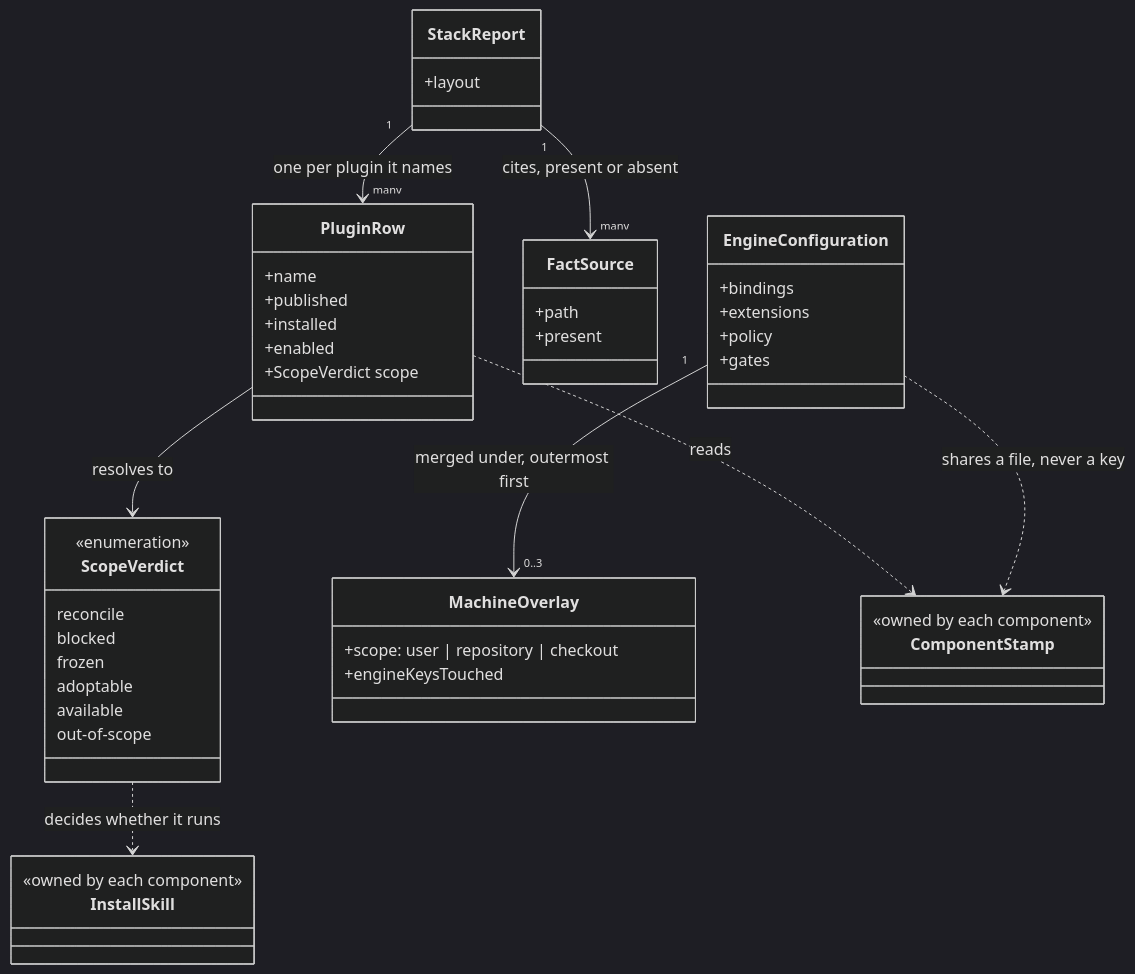
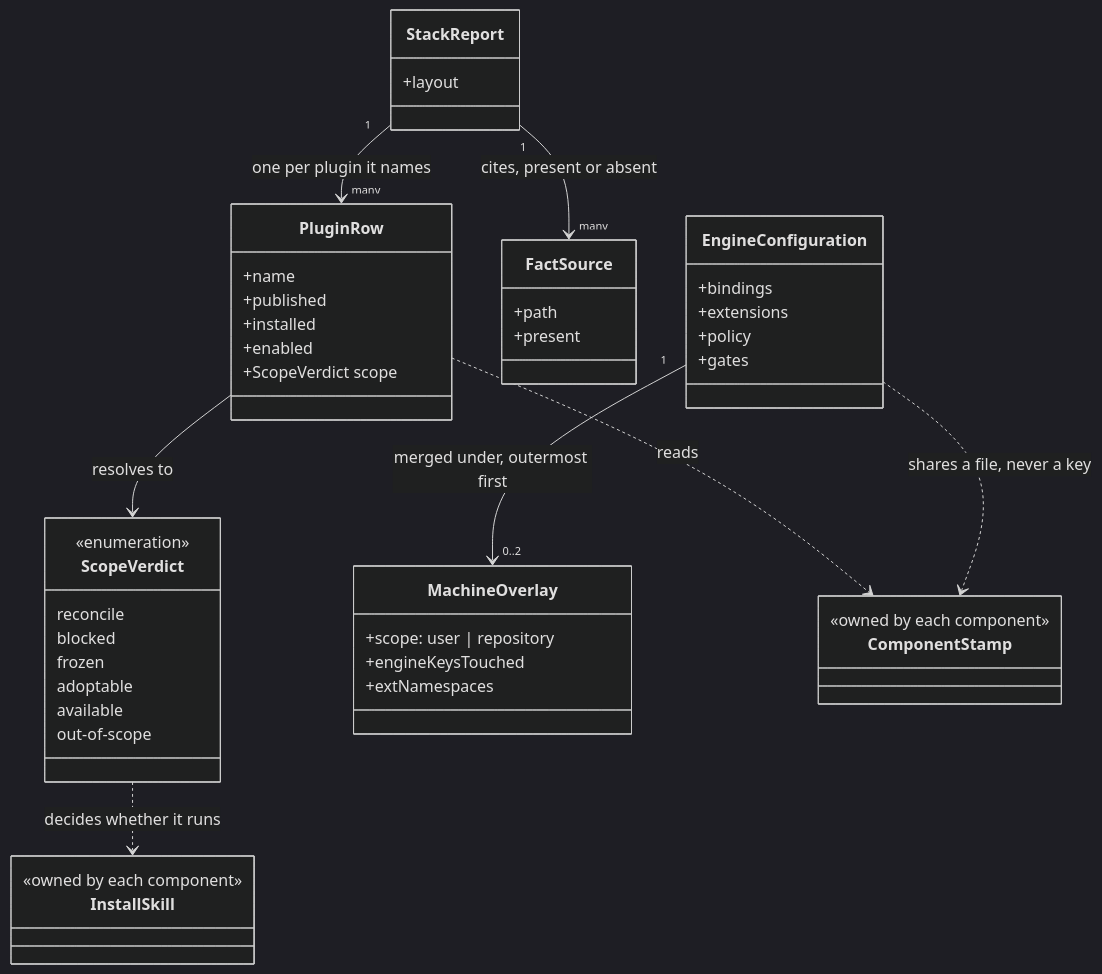
Before and after one commit to JSdotNet/devbook: the first of 3 diagrams in .devbook/arc42/building-blocks/devbook-config.md, drawn with Mermaid (dark theme). The commit also changed other lines of this file and 2 other files, not shown here.

First line of the commit message:
arc42: the building blocks carry what the domain chapters said about overlays and ext.schedule

````diff
--- a/.devbook/arc42/building-blocks/devbook-config.md
+++ b/.devbook/arc42/building-blocks/devbook-config.md
@@ -107,50 +127,51 @@
 ```mermaid
 classDiagram
     class StackReport {
         +layout
     }
     class PluginRow {
         +name
         +published
         +installed
         +enabled
         +ScopeVerdict scope
     }
     class FactSource {
         +path
         +present
     }
     class ScopeVerdict {
         <<enumeration>>
         reconcile
         blocked
         frozen
         adoptable
         available
         out-of-scope
     }
     class EngineConfiguration {
         +bindings
         +extensions
         +policy
         +gates
     }
     class MachineOverlay {
-        +scope: user | repository | checkout
+        +scope: user | repository
         +engineKeysTouched
+        +extNamespaces
     }
     class ComponentStamp {
         <<owned by each component>>
     }
     class InstallSkill {
         <<owned by each component>>
     }
 
     StackReport "1" --> "many" PluginRow : one per plugin it names
     StackReport "1" --> "many" FactSource : cites, present or absent
     PluginRow --> ScopeVerdict : resolves to
     PluginRow ..> ComponentStamp : reads
-    EngineConfiguration "1" --> "0..3" MachineOverlay : merged under, outermost first
+    EngineConfiguration "1" --> "0..2" MachineOverlay : merged under, outermost first
     EngineConfiguration ..> ComponentStamp : shares a file, never a key
     ScopeVerdict ..> InstallSkill : decides whether it runs
 ```
````
